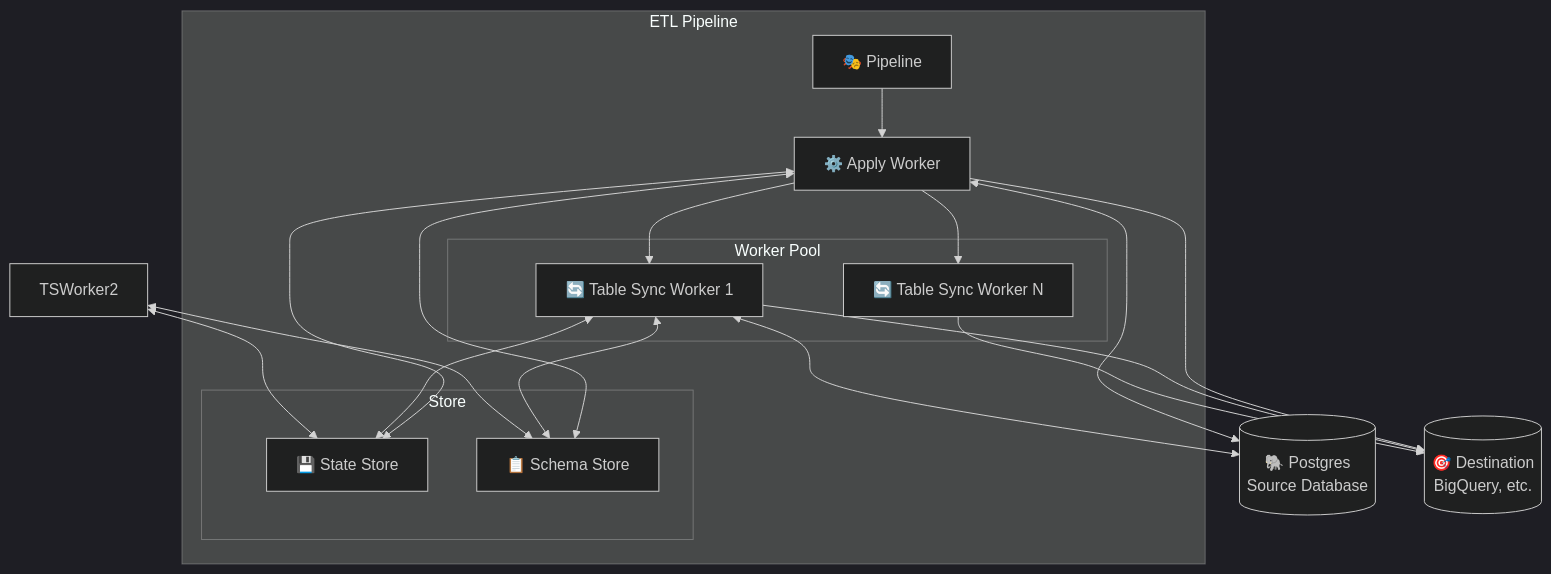
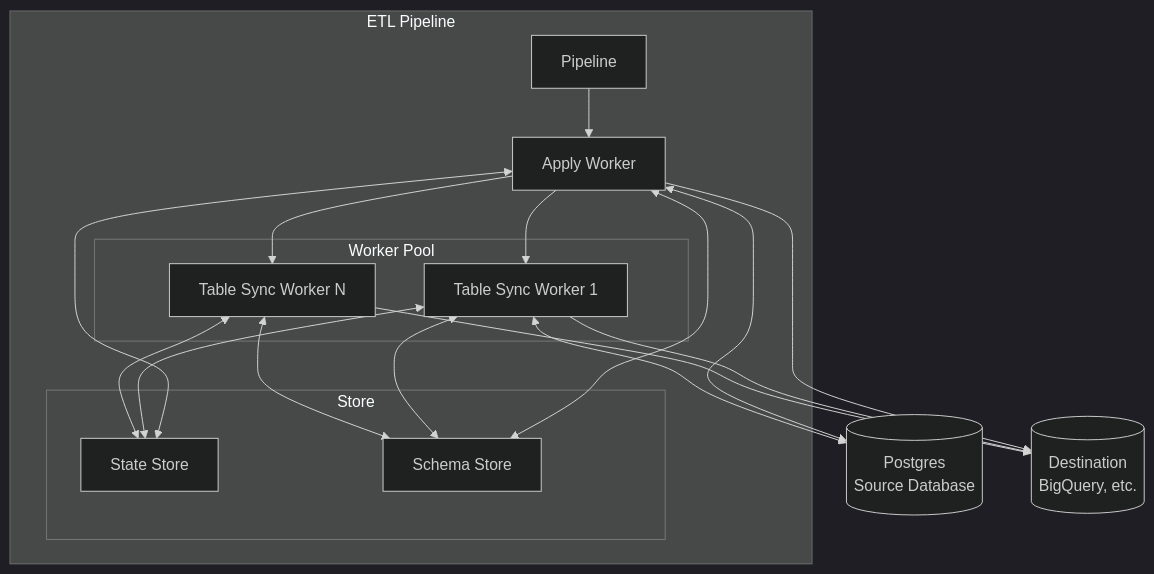
The diagram in crates/etl/README.md (supabase/etl), drawn with Mermaid (dark theme) before and after one commit. The commit also changed other lines of this file and 239 other files, not shown here.

````diff
--- a/crates/etl/README.md
+++ b/crates/etl/README.md
@@ -29,43 +31,43 @@
 ```mermaid
 graph TB
     subgraph "ETL Pipeline"
-        Pipeline["🎭 Pipeline"]
+        Pipeline["Pipeline"]
 
-        ApplyWorker["⚙️ Apply Worker"]
+        ApplyWorker["Apply Worker"]
 
         subgraph "Worker Pool"
-            TSWorker1["🔄 Table Sync Worker 1"]
-            TSWorkerN["🔄 Table Sync Worker N"]
+            TSWorker1["Table Sync Worker 1"]
+            TSWorkerN["Table Sync Worker N"]
         end
 
         subgraph "Store"
-            StateStore["💾 State Store"]
-            SchemaStore["📋 Schema Store"]
+            StateStore["State Store"]
+            SchemaStore["Schema Store"]
         end
     end
 
-    PG[("🐘 Postgres<br/>Source Database")]
+    PG[("Postgres<br/>Source Database")]
 
-    Destination[("🎯 Destination<br/>BigQuery, etc.")]
+    Destination[("Destination<br/>BigQuery, etc.")]
 
     Pipeline --> ApplyWorker
 
     ApplyWorker --> TSWorker1
     ApplyWorker --> TSWorkerN
 
     ApplyWorker --> Destination
     TSWorker1 --> Destination
     TSWorkerN --> Destination
 
     ApplyWorker <--> PG
     TSWorker1 <--> PG
 
     ApplyWorker <--> StateStore
     ApplyWorker <--> SchemaStore
 
     TSWorker1 <--> StateStore
     TSWorker1 <--> SchemaStore
 
-    TSWorker2 <--> StateStore
-    TSWorker2 <--> SchemaStore
+    TSWorkerN <--> StateStore
+    TSWorkerN <--> SchemaStore
 ```
````
